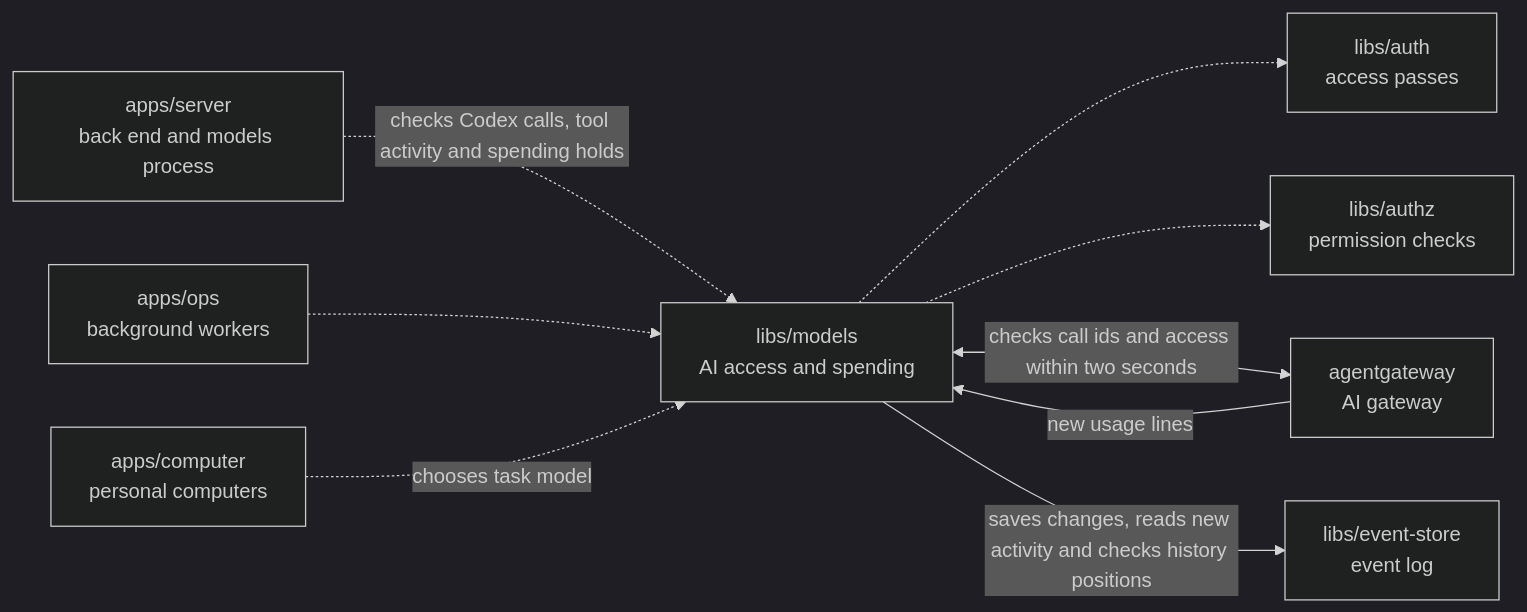
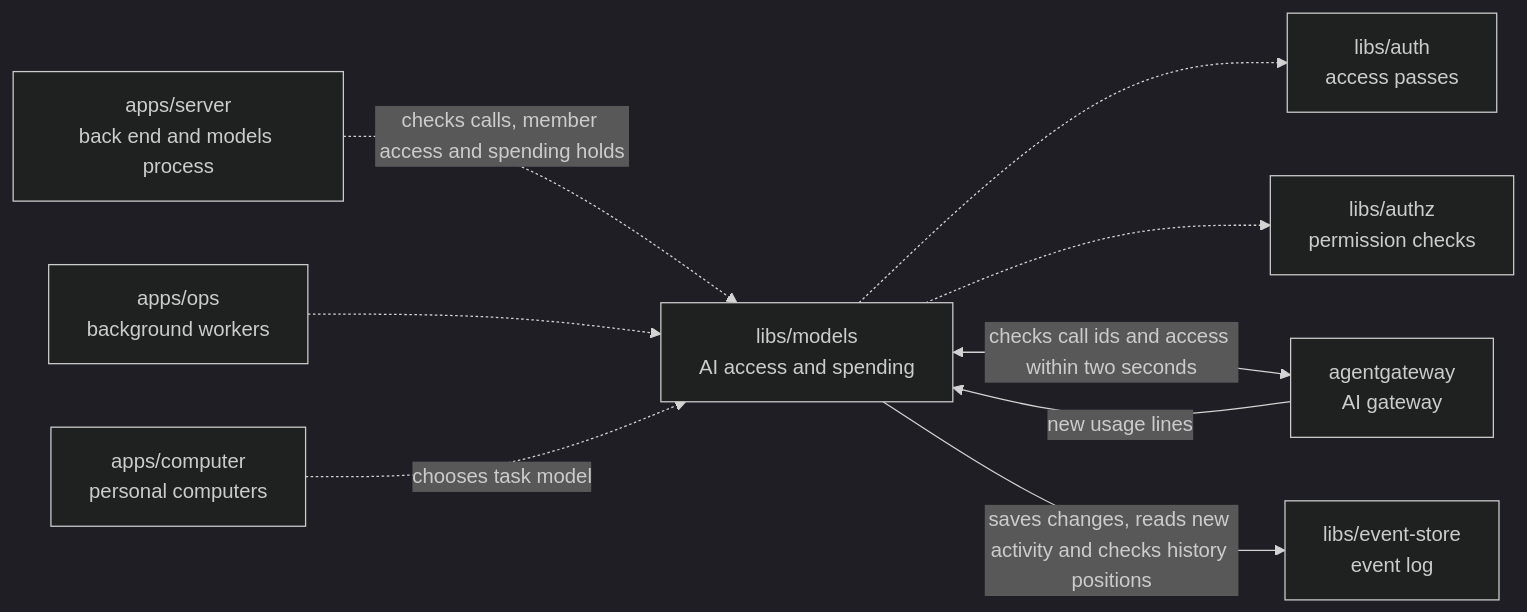
The diagram in libs/models/README.md (elewa-git/opencrane-new), drawn with Mermaid (dark theme) before and after one commit. The commit also changed other lines of this file and 15 other files, not shown here.

````diff
--- a/libs/models/README.md
+++ b/libs/models/README.md
@@ -11,11 +11,11 @@
 ```mermaid
 flowchart LR
-  server["apps/server<br/>back end and models process"] -.->|checks Codex calls, tool activity and spending holds| models["libs/models<br/>AI access and spending"]
+  server["apps/server<br/>back end and models process"] -.->|checks calls, member access and spending holds| models["libs/models<br/>AI access and spending"]
   ops["apps/ops<br/>background workers"] -.-> models
   computer["apps/computer<br/>personal computers"] -.->|chooses task model| models
   models -.-> auth["libs/auth<br/>access passes"]
   models -.-> authz["libs/authz<br/>permission checks"]
   models <-->|checks call ids and access within two seconds| gateway["agentgateway<br/>AI gateway"]
   gateway -->|new usage lines| models
   models -->|saves changes, reads new activity and checks history positions| store["libs/event-store<br/>event log"]
 ```
````
